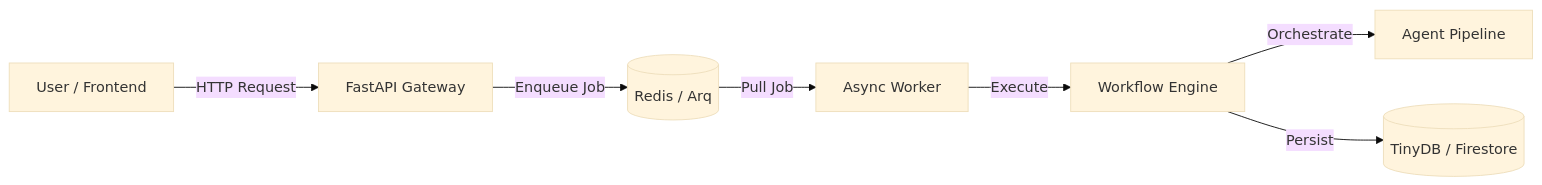
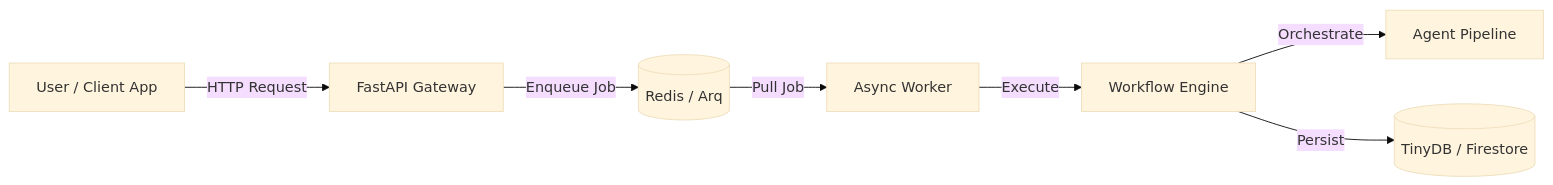
Before and after one commit to launis/quorum: the diagram in README.md, drawn with Mermaid (base theme). The commit also changed other lines of this file and 64 other files, not shown here.

````diff
--- a/README.md
+++ b/README.md
@@ -41,9 +41,9 @@
 ```mermaid
 graph LR
-    User[User / Frontend] -->|HTTP Request| API[FastAPI Gateway]
+    User[User / Client App] -->|HTTP Request| API[FastAPI Gateway]
     API -->|Enqueue Job| Redis[(Redis / Arq)]
     Redis -->|Pull Job| Worker[Async Worker]
     Worker -->|Execute| Engine[Workflow Engine]
     Engine -->|Orchestrate| Agents[Agent Pipeline]
     Engine -->|Persist| DB[(TinyDB / Firestore)]
 ```
````
